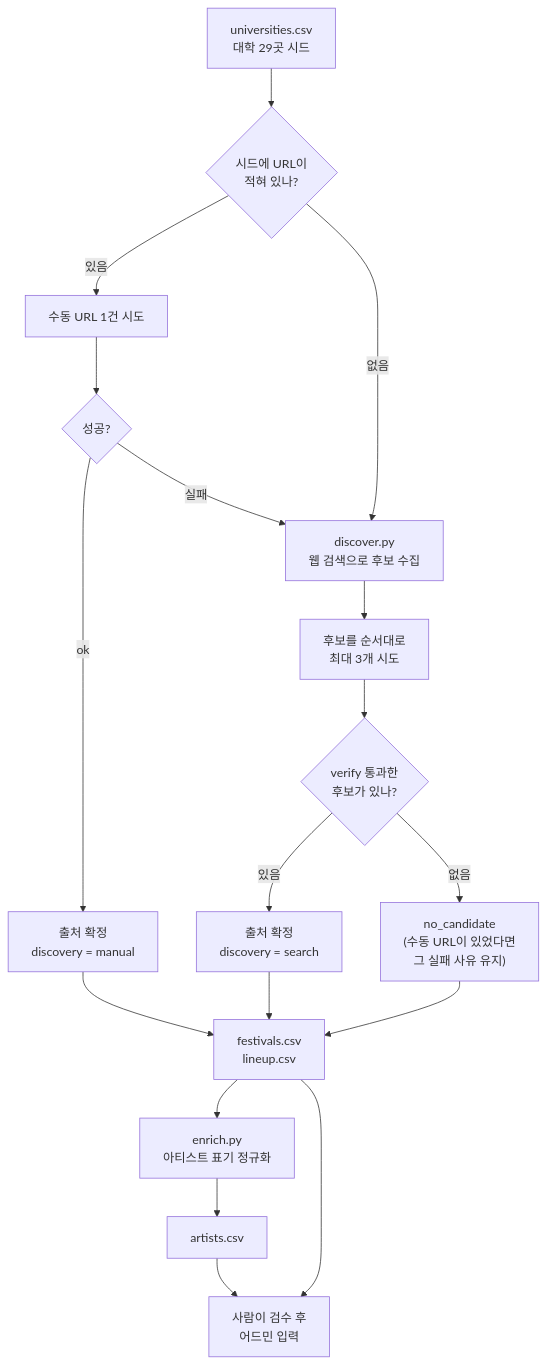
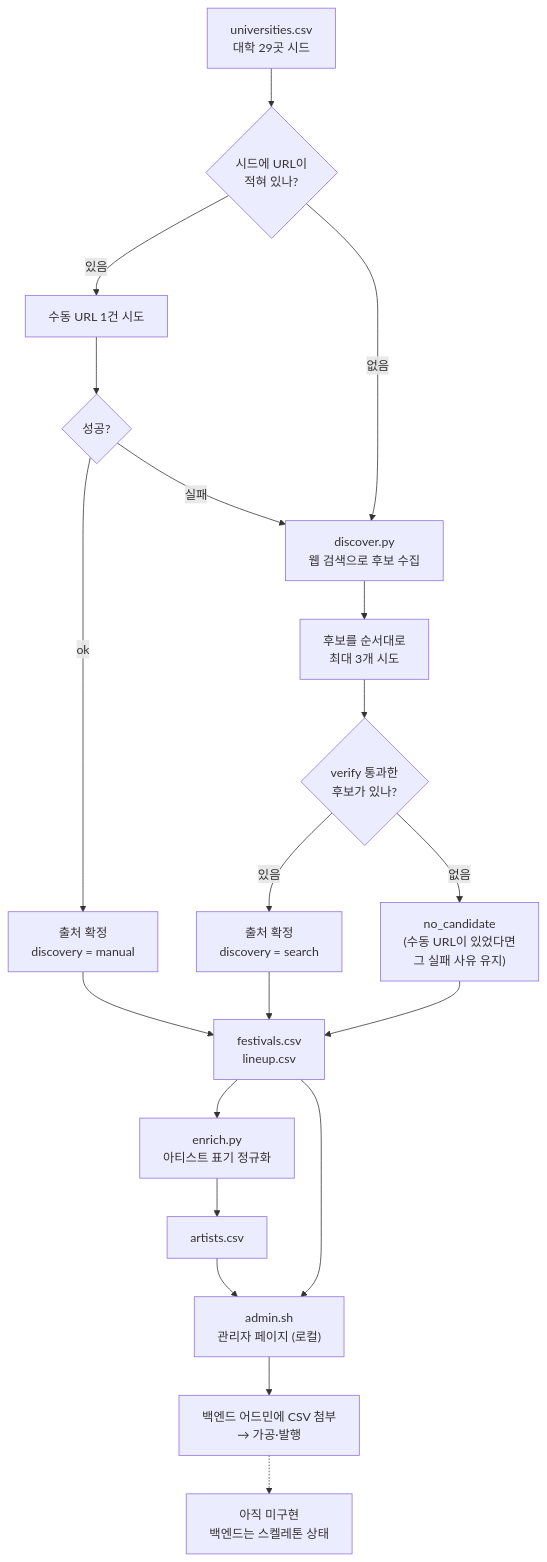
Before and after one commit to greedy-team/festa-crawler: the first of 4 diagrams in README.md, drawn with Mermaid. The commit also changed other lines of this file and 1 other file, not shown here.

Commit message:
chore : 관리자 페이지 기동 스크립트 추가와 README 정리 #9

````diff
--- a/README.md
+++ b/README.md
@@ -12,26 +13,29 @@
 ```mermaid
 flowchart TD
     seed["universities.csv<br/>대학 29곳 시드"] --> has{"시드에 URL이<br/>적혀 있나?"}
 
     has -->|"있음"| manual["수동 URL 1건 시도"]
     has -->|"없음"| search
 
     manual --> mok{"성공?"}
     mok -->|"ok"| adopted["출처 확정<br/>discovery = manual"]
     mok -->|"실패"| search["discover.py<br/>웹 검색으로 후보 수집"]
 
     search --> cand["후보를 순서대로<br/>최대 3개 시도"]
     cand --> cok{"verify 통과한<br/>후보가 있나?"}
     cok -->|"있음"| adoptedS["출처 확정<br/>discovery = search"]
     cok -->|"없음"| failed["no_candidate<br/>(수동 URL이 있었다면<br/>그 실패 사유 유지)"]
 
     adopted --> csv["festivals.csv<br/>lineup.csv"]
     adoptedS --> csv
     failed --> csv
 
     csv --> enrich["enrich.py<br/>아티스트 표기 정규화"]
     enrich --> artists["artists.csv"]
 
-    csv --> human["사람이 검수 후<br/>어드민 입력"]
-    artists --> human
+    csv --> review["admin.sh<br/>관리자 페이지 (로컬)"]
+    artists --> review
+    review --> admin["백엔드 어드민에 CSV 첨부<br/>→ 가공·발행"]
+
+    admin -.-> note["아직 미구현<br/>백엔드는 스켈레톤 상태"]
 ```
````
